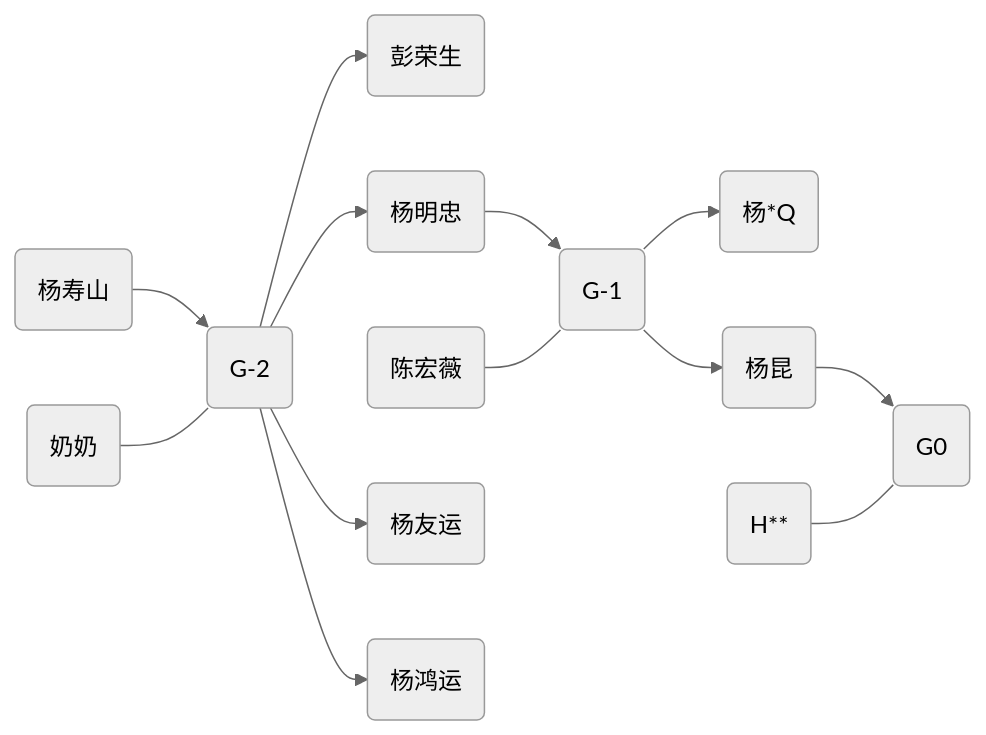
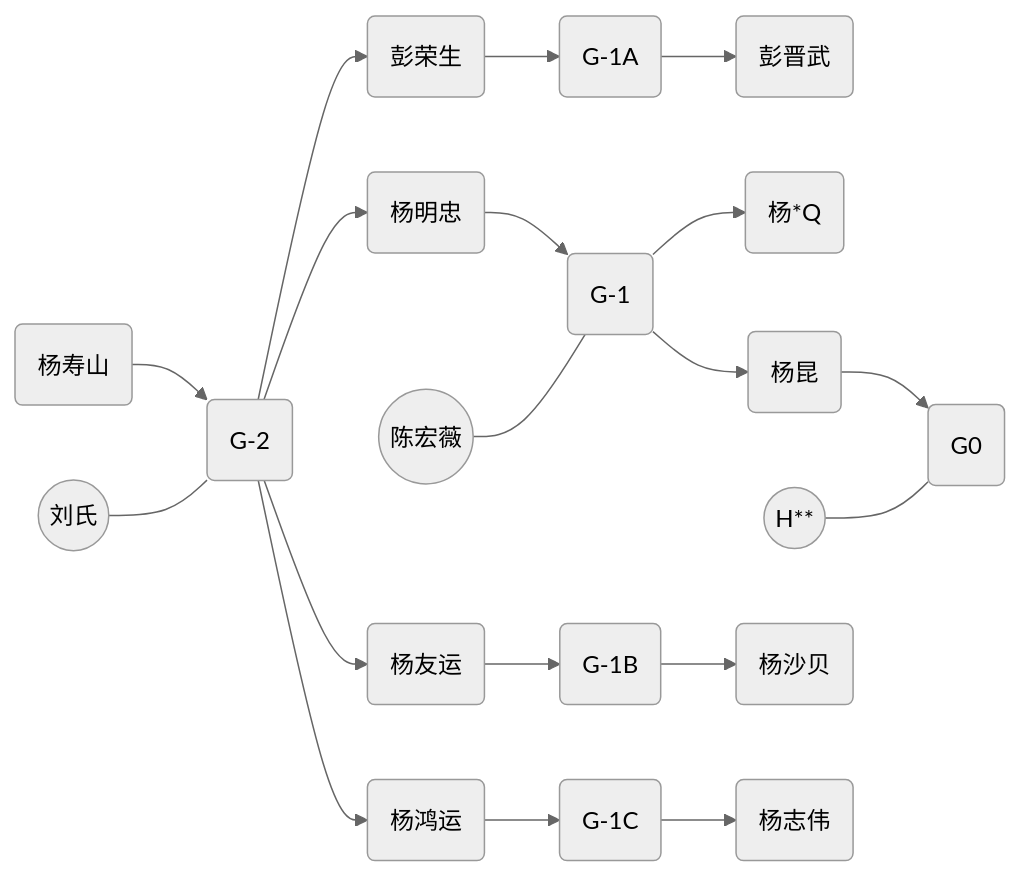
The first of 2 diagrams in docusaurus/docs/about/01.family-tree/index.md (Inturious-Labs/herbertyang.xyz), drawn with Mermaid (neutral theme) before and after one commit. The commit also changed other lines of this file and 3 other files, not shown here.

````diff
--- a/docusaurus/docs/about/01.family-tree/index.md
+++ b/docusaurus/docs/about/01.family-tree/index.md
@@ -21,21 +21,24 @@
 ```mermaid
 flowchart LR
 
 %% Generation -2 %%
 G-2-M1(杨寿山) --> G-2(G-2)
-G-2-F0(奶奶) --- G-2
+G-2-F0((刘氏)) --- G-2
 
 %% Generation -2 %%
-G-2 --> G-1-M1(彭荣生)
+G-2 --> G-1-M1(彭荣生) --> G-1A(G-1A)
 G-2 --> G-1-M2(杨明忠) --> G-1(G-1)
-G-1-F0(陈宏薇) --- G-1
-G-2 --> G-1-M3(杨友运)
-G-2 --> G-1-M4(杨鸿运)
+G-1-F0((陈宏薇)) --- G-1
+G-2 --> G-1-M3(杨友运) --> G-1B(G-1B)
+G-2 --> G-1-M4(杨鸿运) --> G-1C(G-1C)
 
 %% Generation 0 %%
-
+G-1A --> G0-M3(彭晋武)
 G-1 --> G0-M1(杨*Q)
 G-1 --> G0-M2(杨昆) --> G0(G0)
-G0-F0(H**) --- G0
+G0-F0((H**)) --- G0
+G-1B --> G0-M4(杨沙贝)
+G-1C --> G0-M5(杨志伟)
+
 
 ```
````
